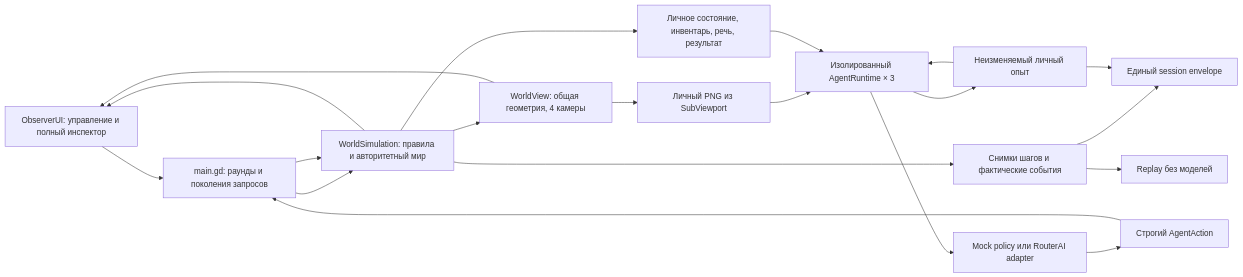
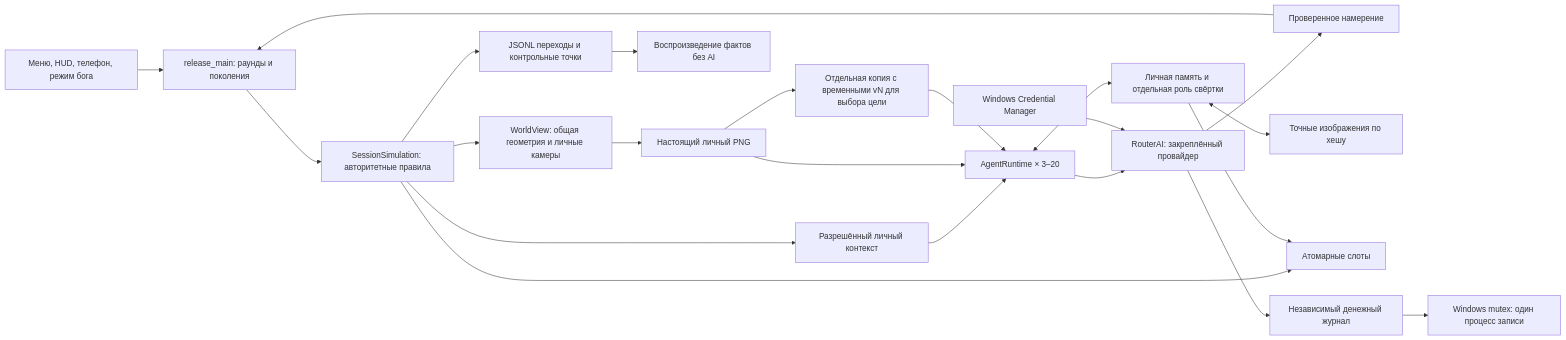
The diagram in docs/ENGINE_ARCHITECTURE.md (AdamCage/ai-sims), drawn with Mermaid before and after one commit. The commit also changed other lines of this file and 289 other files, not shown here.

Commit message:
Implement playable AI Sims Windows release candidate

````diff
--- a/docs/ENGINE_ARCHITECTURE.md
+++ b/docs/ENGINE_ARCHITECTURE.md
@@ -5,22 +5,24 @@
 ```mermaid
 flowchart LR
-    UI[ObserverUI: управление и полный инспектор] --> Main[main.gd: раунды и поколения запросов]
-    Main --> Sim[WorldSimulation: правила и авторитетный мир]
-    Sim --> View[WorldView: общая геометрия, 4 камеры]
-    View --> PNG[Личный PNG из SubViewport]
-    Sim --> Obs[Личное состояние, инвентарь, речь, результат]
-    PNG --> RT[Изолированный AgentRuntime × 3]
-    Obs --> RT
-    RT --> Memory[Неизменяемый личный опыт]
-    Memory --> RT
-    RT --> Policy[Mock policy или RouterAI adapter]
-    Policy --> Intent[Строгий AgentAction]
+    UI[Меню, HUD, телефон, режим бога] --> Main[release_main: раунды и поколения]
+    Main --> Sim[SessionSimulation: авторитетные правила]
+    Sim --> View[WorldView: общая геометрия и личные камеры]
+    View --> PNG[Настоящий личный PNG]
+    Sim --> Own[Разрешённый личный контекст]
+    Own --> RT[AgentRuntime × 3–20]
+    PNG --> RT
+	PNG --> Handles[Отдельная копия с временными vN для выбора цели]
+	Handles --> RT
+    RT --> Adapter[RouterAI: закреплённый провайдер]
+    Adapter --> Intent[Проверенное намерение]
     Intent --> Main
-    Main --> Sim
-    Sim --> Journal[Снимки шагов и фактические события]
-    Journal --> Replay[Replay без моделей]
-    Journal --> Save[Единый session envelope]
+    RT <--> Memory[Личная память и отдельная роль свёртки]
+    Memory <--> Media[Точные изображения по хешу]
+    Sim --> Journal[JSONL переходы и контрольные точки]
+    Journal --> Replay[Воспроизведение фактов без AI]
+    Sim --> Save[Атомарные слоты]
     Memory --> Save
-    Sim --> UI
-    View --> UI
+    Adapter --> Ledger[Независимый денежный журнал]
+    Ledger --> Lease[Windows mutex: один процесс записи]
+    Vault[Windows Credential Manager] --> Adapter
 ```
````
